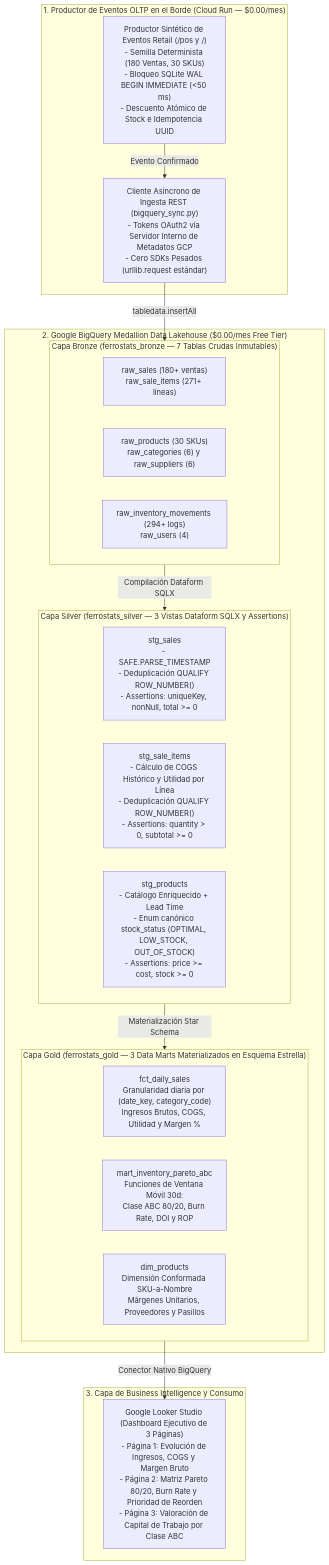
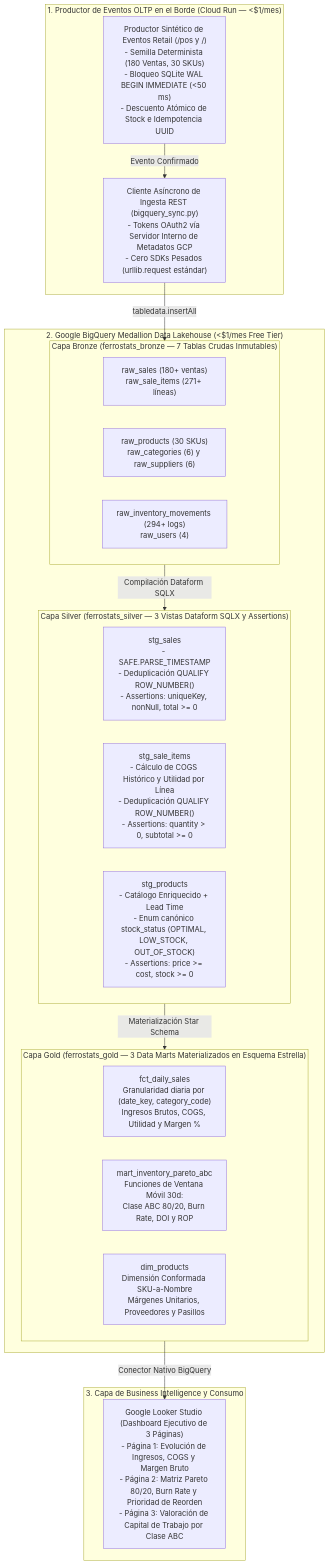
One commit to bapatata688/Ferrostats changed the diagram in README.es.md. Above: the diagram before and after it, drawn with Mermaid. The commit also changed other lines of this file and 2 other files, not shown here.

````diff
--- a/README.es.md
+++ b/README.es.md
@@ -47,37 +47,37 @@
 ```mermaid
 flowchart TD
-    subgraph SOURCE["1. Productor de Eventos OLTP en el Borde (Cloud Run — $0.00/mes)"]
+    subgraph SOURCE["1. Productor de Eventos OLTP en el Borde (Cloud Run — <$1/mes)"]
         SIM["Productor Sintético de Eventos Retail (/pos y /)\n- Semilla Determinista (180 Ventas, 30 SKUs)\n- Bloqueo SQLite WAL BEGIN IMMEDIATE (<50 ms)\n- Descuento Atómico de Stock e Idempotencia UUID"]
         STREAM["Cliente Asíncrono de Ingesta REST (bigquery_sync.py)\n- Tokens OAuth2 vía Servidor Interno de Metadatos GCP\n- Cero SDKs Pesados (urllib.request estándar)"]
     end
 
-    subgraph LAKEHOUSE["2. Google BigQuery Medallion Data Lakehouse ($0.00/mes Free Tier)"]
+    subgraph LAKEHOUSE["2. Google BigQuery Medallion Data Lakehouse (<$1/mes Free Tier)"]
         subgraph BRONZE["Capa Bronze (ferrostats_bronze — 7 Tablas Crudas Inmutables)"]
             B1["raw_sales (180+ ventas)\nraw_sale_items (271+ líneas)"]
             B2["raw_products (30 SKUs)\nraw_categories (6) y raw_suppliers (6)"]
             B3["raw_inventory_movements (294+ logs)\nraw_users (4)"]
         end
 
         subgraph SILVER["Capa Silver (ferrostats_silver — 3 Vistas Dataform SQLX y Assertions)"]
             S1["stg_sales\n- SAFE.PARSE_TIMESTAMP\n- Deduplicación QUALIFY ROW_NUMBER()\n- Assertions: uniqueKey, nonNull, total >= 0"]
             S2["stg_sale_items\n- Cálculo de COGS Histórico y Utilidad por Línea\n- Deduplicación QUALIFY ROW_NUMBER()\n- Assertions: quantity > 0, subtotal >= 0"]
             S3["stg_products\n- Catálogo Enriquecido + Lead Time\n- Enum canónico stock_status (OPTIMAL, LOW_STOCK, OUT_OF_STOCK)\n- Assertions: price >= cost, stock >= 0"]
         end
 
         subgraph GOLD["Capa Gold (ferrostats_gold — 3 Data Marts Materializados en Esquema Estrella)"]
             G1["fct_daily_sales\nGranularidad diaria por (date_key, category_code)\nIngresos Brutos, COGS, Utilidad y Margen %"]
             G2["mart_inventory_pareto_abc\nFunciones de Ventana Móvil 30d:\nClase ABC 80/20, Burn Rate, DOI y ROP"]
             G3["dim_products\nDimensión Conformada SKU-a-Nombre\nMárgenes Unitarios, Proveedores y Pasillos"]
         end
     end
 
     subgraph BI["3. Capa de Business Intelligence y Consumo"]
         LOOKER["Google Looker Studio (Dashboard Ejecutivo de 3 Páginas)\n- Página 1: Evolución de Ingresos, COGS y Margen Bruto\n- Página 2: Matriz Pareto 80/20, Burn Rate y Prioridad de Reorden\n- Página 3: Valoración de Capital de Trabajo por Clase ABC"]
     end
 
     SIM -->|Evento Confirmado| STREAM
     STREAM -->|tabledata.insertAll| BRONZE
     BRONZE -->|Compilación Dataform SQLX| SILVER
     SILVER -->|Materialización Star Schema| GOLD
     GOLD -->|Conector Nativo BigQuery| LOOKER
 ```
````
